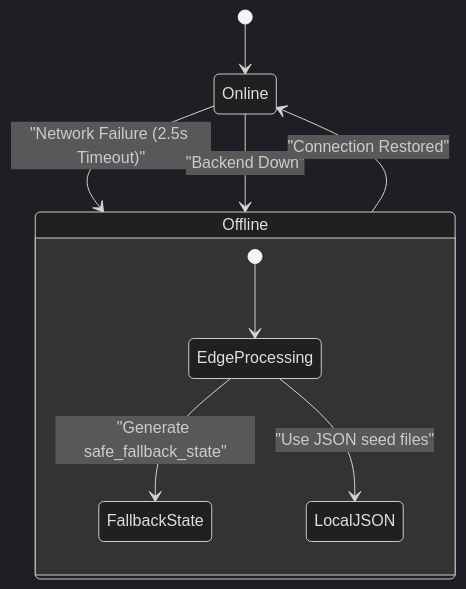
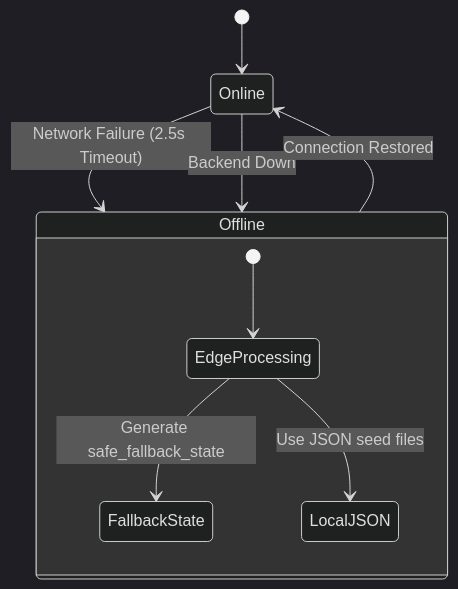
Before and after one commit to Neutron-0/ABC-Bank: the sixth of 6 diagrams in docs/features/overview.md, drawn with Mermaid (dark theme). The commit also changed other lines of this file and 33 other files, not shown here.

````diff
--- a/docs/features/overview.md
+++ b/docs/features/overview.md
@@ -130,15 +130,15 @@
 ```mermaid
 stateDiagram-v2
     [*] --> Online
     
-    Online --> Offline : "Network Failure (2.5s Timeout)"
-    Online --> Offline : "Backend Down"
+    Online --> Offline : Network Failure (2.5s Timeout)
+    Online --> Offline : Backend Down
     
     state Offline {
         [*] --> EdgeProcessing
-        EdgeProcessing --> FallbackState : "Generate safe_fallback_state"
-        EdgeProcessing --> LocalJSON : "Use JSON seed files"
+        EdgeProcessing --> FallbackState : Generate safe_fallback_state
+        EdgeProcessing --> LocalJSON : Use JSON seed files
     }
     
-    Offline --> Online : "Connection Restored"
+    Offline --> Online : Connection Restored
 ```
````
